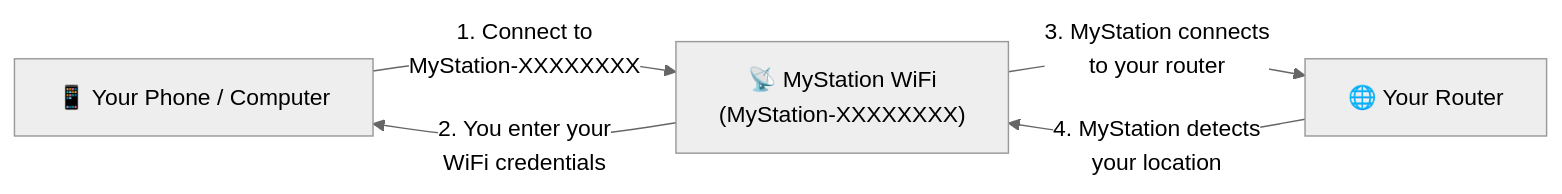
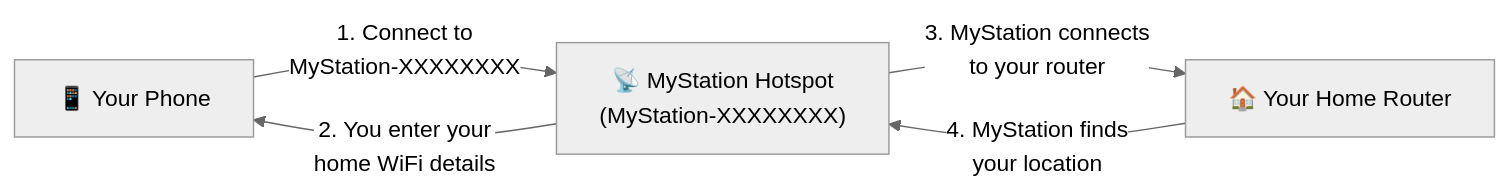
Before and after one commit to gogo-boot/mystation: the first of 3 diagrams in docs/user-guide/network-setup.md, drawn with Mermaid (neutral theme). The commit also changed other lines of this file and 7 other files, not shown here.

````diff
--- a/docs/user-guide/network-setup.md
+++ b/docs/user-guide/network-setup.md
@@ -30,10 +30,10 @@
 ```mermaid
 graph LR
-    Phone["📱 Your Phone / Computer"]
-    AP["📡 MyStation WiFi\n(MyStation-XXXXXXXX)"]
-    Router["🌐 Your Router"]
+    Phone["📱 Your Phone"]
+    AP["📡 MyStation Hotspot\n(MyStation-XXXXXXXX)"]
+    Router["🏠 Your Home Router"]
     Phone -- " 1. Connect to\nMyStation-XXXXXXXX " --> AP
-    AP -- " 2. You enter your\nWiFi credentials " --> Phone
+    AP -- " 2. You enter your\nhome WiFi details " --> Phone
     AP -- " 3. MyStation connects\nto your router " --> Router
-    Router -- " 4. MyStation detects\nyour location " --> AP
+    Router -- " 4. MyStation finds\nyour location " --> AP
 ```
````
